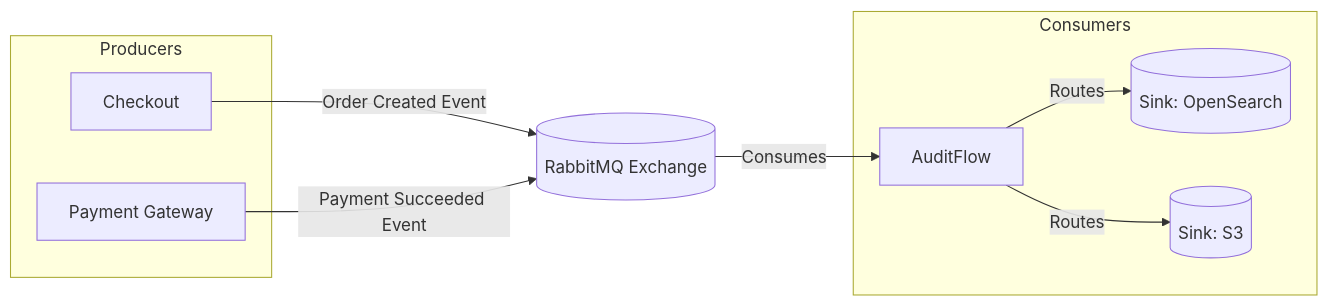
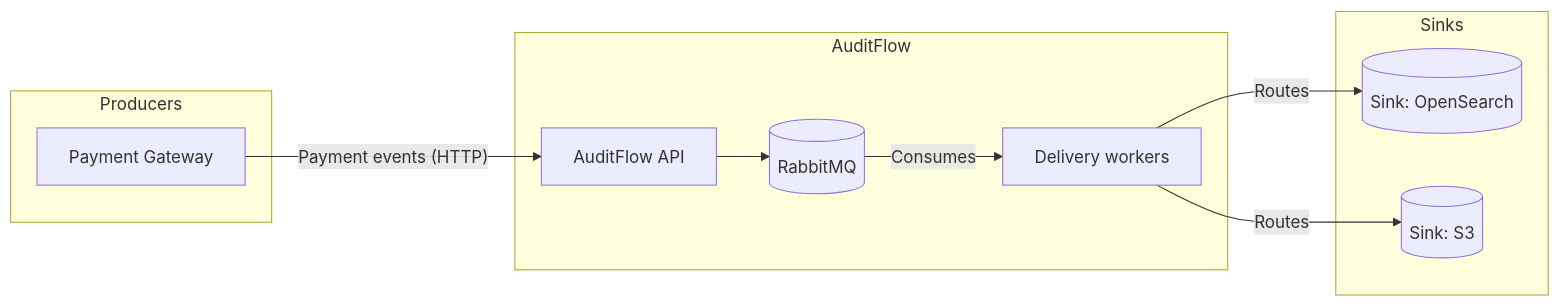
One commit to Labs64/labs64.io-docs changed the second of 5 diagrams in introduction/architecture.md. Above: the diagram before and after it, drawn with Mermaid. The commit also changed other lines of this file and 6 other files, not shown here.

Commit message:
Bump 3pp versions + improve AuditFlow stability

````diff
--- a/introduction/architecture.md
+++ b/introduction/architecture.md
@@ -50,21 +50,23 @@
 ```mermaid
 flowchart LR
     subgraph Producers
-        CO[Checkout]
         PG[Payment Gateway]
     end
     
-    MQ[(RabbitMQ Exchange)]
+    subgraph AuditFlow
+        API[AuditFlow API]
+        MQ[(RabbitMQ)]
+        AF[Delivery workers]
+    end
     
-    subgraph Consumers
-        AF[AuditFlow]
+    subgraph Sinks
         SINK1[(Sink: OpenSearch)]
         SINK2[(Sink: S3)]
     end
 
-    CO -->|"Order Created Event"| MQ
-    PG -->|"Payment Succeeded Event"| MQ
+    PG -->|"Payment events (HTTP)"| API
+    API --> MQ
     MQ -->|"Consumes"| AF
     AF -->|"Routes"| SINK1
     AF -->|"Routes"| SINK2
 ```
````
